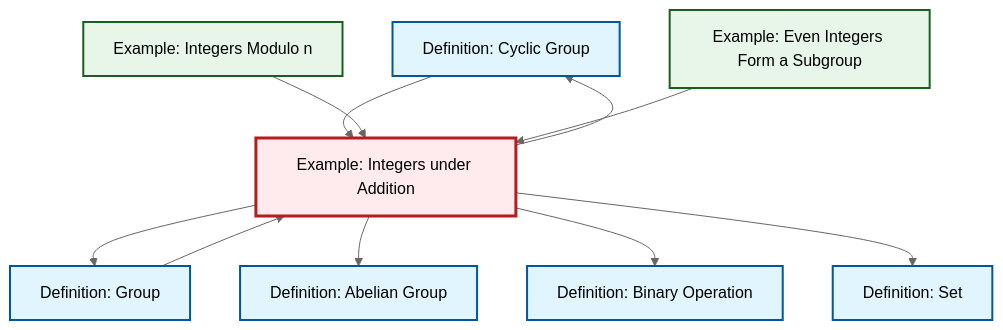
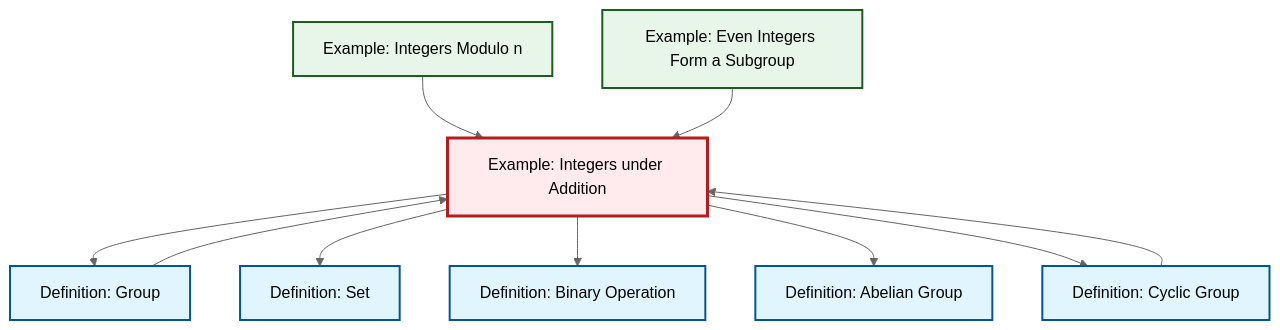
One commit to RK0429/ModernMath changed the diagram in content/en/algebra/ex-integers-addition.qmd. Above: the diagram before and after it, drawn with Mermaid (neutral theme). The commit also changed other lines of this file and 1012 other files, not shown here.

````diff
--- a/content/en/algebra/ex-integers-addition.qmd
+++ b/content/en/algebra/ex-integers-addition.qmd
@@ -73,34 +73,34 @@
 ```{mermaid}
 %%| fig-cap: "Local dependency graph"
 graph TD
     classDef definition fill:#e1f5fe,stroke:#01579b,stroke-width:2px
     classDef theorem fill:#f3e5f5,stroke:#4a148c,stroke-width:2px
     classDef axiom fill:#fff3e0,stroke:#e65100,stroke-width:2px
     classDef example fill:#e8f5e9,stroke:#1b5e20,stroke-width:2px
     classDef current fill:#ffebee,stroke:#b71c1c,stroke-width:3px
+    def-binary-operation["Definition: Binary Operation"]:::definition
+    ex-quotient-integers-mod-n["Example: Integers Modulo n"]:::example
+    def-cyclic-group["Definition: Cyclic Group"]:::definition
     def-set["Definition: Set"]:::definition
-    def-cyclic-group["Definition: Cyclic Group"]:::definition
-    def-binary-operation["Definition: Binary Operation"]:::definition
+    def-abelian-group["Definition: Abelian Group"]:::definition
+    ex-integers-addition["Example: Integers under Addition"]:::example
+    def-group["Definition: Group"]:::definition
     ex-even-integers-subgroup["Example: Even Integers Form a Subgroup"]:::example
-    ex-integers-addition["Example: Integers under Addition"]:::example
-    def-abelian-group["Definition: Abelian Group"]:::definition
-    ex-quotient-integers-mod-n["Example: Integers Modulo n"]:::example
-    def-group["Definition: Group"]:::definition
-    ex-integers-addition --> def-cyclic-group
     ex-integers-addition --> def-group
+    ex-integers-addition --> def-set
+    ex-integers-addition --> def-binary-operation
+    ex-integers-addition --> def-abelian-group
+    ex-quotient-integers-mod-n --> ex-integers-addition
     def-group --> ex-integers-addition
     def-cyclic-group --> ex-integers-addition
-    ex-quotient-integers-mod-n --> ex-integers-addition
-    ex-integers-addition --> def-abelian-group
+    ex-integers-addition --> def-cyclic-group
     ex-even-integers-subgroup --> ex-integers-addition
-    ex-integers-addition --> def-binary-operation
-    ex-integers-addition --> def-set
     class ex-integers-addition current
+    click def-binary-operation "def-binary-operation.html" "Go to Binary Operation definition"
+    click ex-quotient-integers-mod-n "ex-quotient-integers-mod-n.html" "Go to Integers Modulo n example"
+    click def-cyclic-group "def-cyclic-group.html" "Go to Cyclic Group definition"
     click def-set "def-set.html" "Go to Set definition"
-    click def-cyclic-group "def-cyclic-group.html" "Go to Cyclic Group definition"
-    click def-binary-operation "def-binary-operation.html" "Go to Binary Operation definition"
+    click def-abelian-group "def-abelian-group.html" "Go to Abelian Group definition"
+    click def-group "def-group.html" "Go to Group definition"
     click ex-even-integers-subgroup "ex-even-integers-subgroup.html" "Go to Even Integers Form a Subgroup example"
-    click def-abelian-group "def-abelian-group.html" "Go to Abelian Group definition"
-    click ex-quotient-integers-mod-n "ex-quotient-integers-mod-n.html" "Go to Integers Modulo n example"
-    click def-group "def-group.html" "Go to Group definition"
 ```
````
